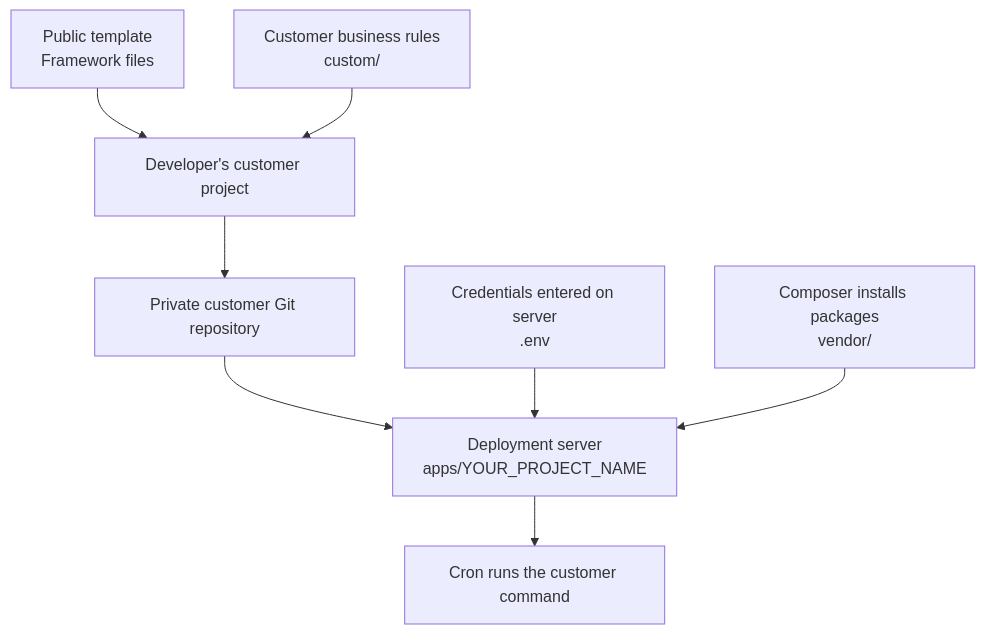
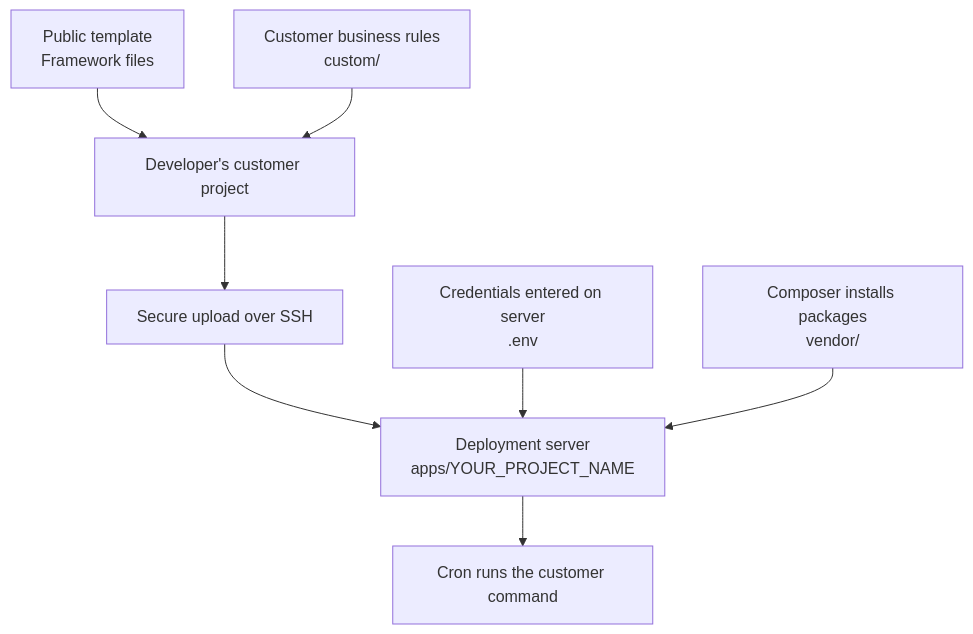
The diagram in deployment.md (Happy-Bananas/tracezilla-integrations-docs), drawn with Mermaid before and after one commit. The commit also changed other lines of this file and 1 other file, not shown here.

Commit message:
Deploy tested projects directly over SSH

```diff
--- a/deployment.md
+++ b/deployment.md
@@ -18,19 +18,19 @@
 <pre class="mermaid">
 flowchart TB
     Template[Public template<br>Framework files]
     Project[Developer's customer project]
     Rules[Customer business rules<br>custom/]
-    Private[Private customer Git repository]
+    Upload[Secure upload over SSH]
     Server[Deployment server<br>apps/YOUR_PROJECT_NAME]
     Secrets[Credentials entered on server<br>.env]
     Packages[Composer installs packages<br>vendor/]
     Cron[Cron runs the customer command]
 
     Template --> Project
     Rules --> Project
-    Project --> Private
-    Private --> Server
+    Project --> Upload
+    Upload --> Server
     Secrets --> Server
     Packages --> Server
     Server --> Cron
 </pre>
```
